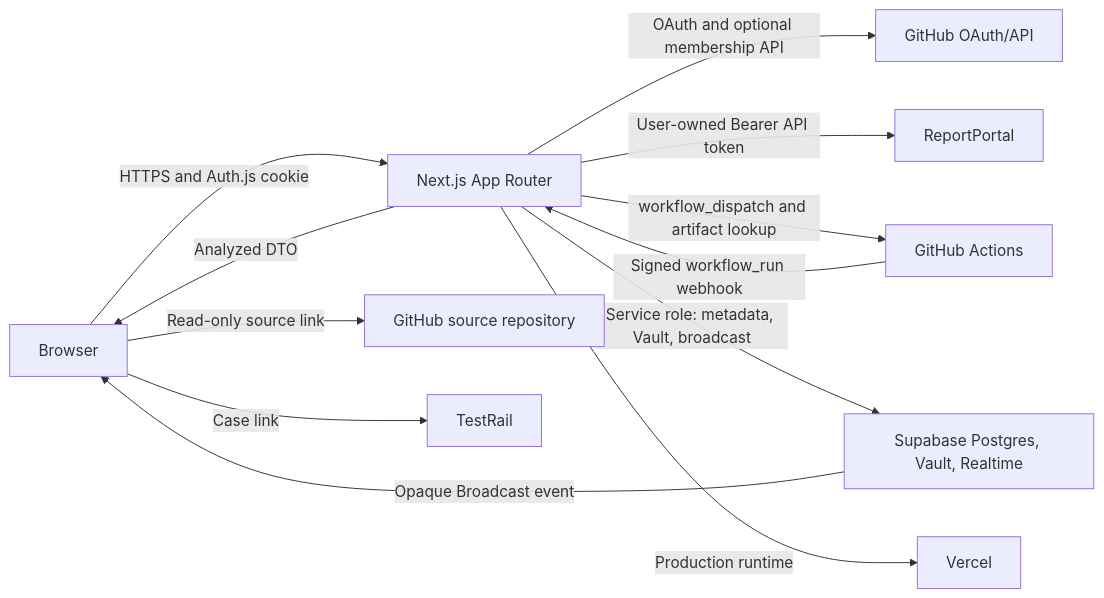
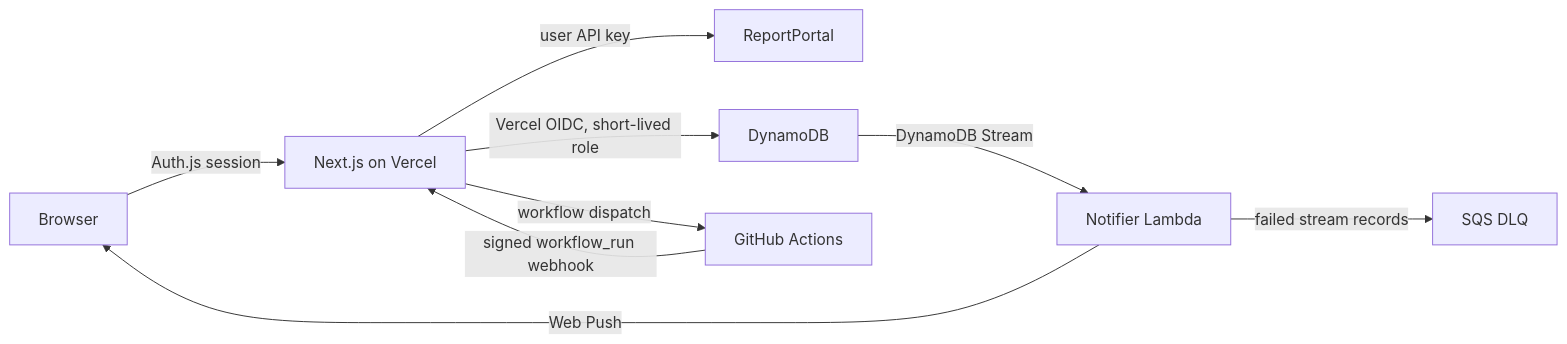
Before and after one commit to usavkov-epam/rp-failure-intelligence: the diagram in docs/ENGINEERING.md, drawn with Mermaid. The commit also changed other lines of this file and 75 other files, not shown here.

````diff
--- a/docs/ENGINEERING.md
+++ b/docs/ENGINEERING.md
@@ -56,14 +11,11 @@
 ```mermaid
 flowchart LR
-  Browser[Browser] -->|HTTPS and Auth.js cookie| Next[Next.js App Router]
-  Next -->|OAuth and optional membership API| GitHubAuth[GitHub OAuth/API]
-  Next -->|User-owned Bearer API token| RP[ReportPortal]
-  Next -->|Analyzed DTO| Browser
-  Next -->|workflow_dispatch and artifact lookup| Actions[GitHub Actions]
-  Actions -->|Signed workflow_run webhook| Next
-  Next -->|Service role: metadata, Vault, broadcast| Supabase[Supabase Postgres, Vault, Realtime]
-  Supabase -->|Opaque Broadcast event| Browser
-  Browser -->|Read-only source link| GitHubRepo[GitHub source repository]
-  Browser -->|Case link| TestRail[TestRail]
-  Next -->|Production runtime| Vercel[Vercel]
+  Browser -->|Auth.js session| Next[Next.js on Vercel]
+  Next -->|user API key| RP[ReportPortal]
+  Next -->|Vercel OIDC, short-lived role| DDB[DynamoDB]
+  Next -->|workflow dispatch| GH[GitHub Actions]
+  GH -->|signed workflow_run webhook| Next
+  DDB -->|DynamoDB Stream| Lambda[Notifier Lambda]
+  Lambda -->|Web Push| Browser
+  Lambda -->|failed stream records| DLQ[SQS DLQ]
 ```
````
